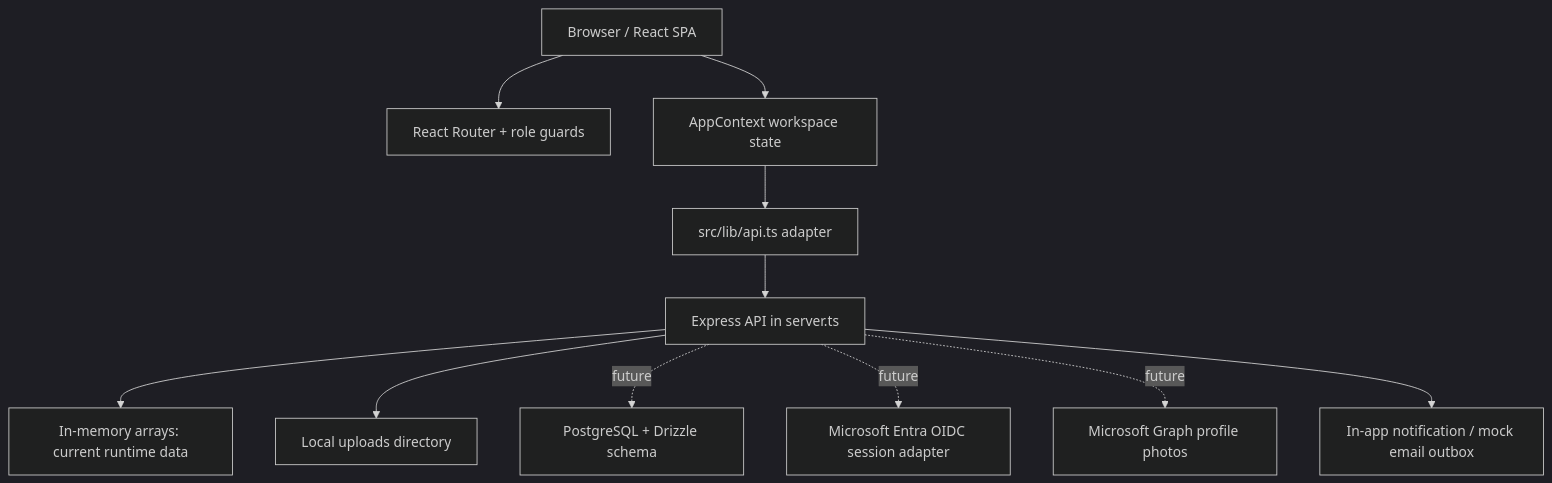
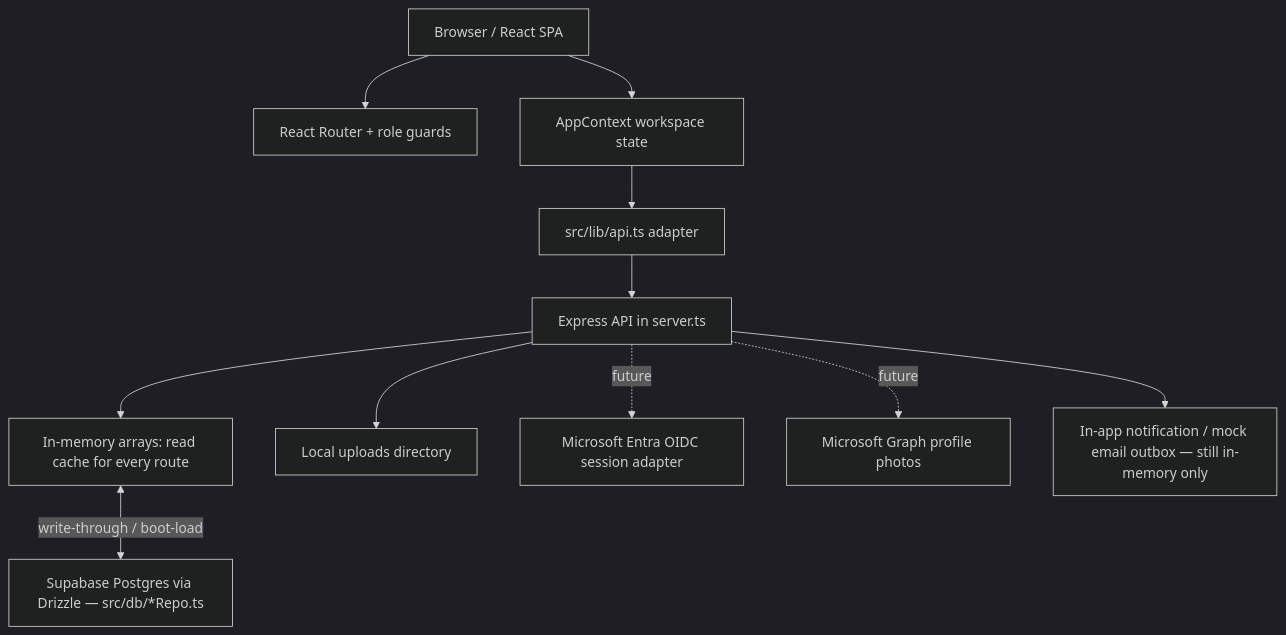
Before and after one commit to Jrddlol2/latest-sales-reim-30: the third of 4 diagrams in README.md, drawn with Mermaid (dark theme). The commit also changed other lines of this file and 30 other files, not shown here.

````diff
--- a/README.md
+++ b/README.md
@@ -202,13 +265,13 @@
 ```mermaid
 flowchart TB
   Browser[Browser / React SPA] --> Router[React Router + role guards]
   Browser --> Context[AppContext workspace state]
   Context --> Adapter[src/lib/api.ts adapter]
   Adapter --> API[Express API in server.ts]
-  API --> Memory[In-memory arrays: current runtime data]
+  API --> Memory[In-memory arrays: read cache for every route]
+  Memory <-- write-through / boot-load --> Postgres[Supabase Postgres via Drizzle — src/db/*Repo.ts]
   API --> Uploads[Local uploads directory]
-  API -. future .-> Postgres[PostgreSQL + Drizzle schema]
   API -. future .-> Entra[Microsoft Entra OIDC session adapter]
   API -. future .-> Graph[Microsoft Graph profile photos]
-  API --> Outbox[In-app notification / mock email outbox]
+  API --> Outbox[In-app notification / mock email outbox — still in-memory only]
 ```
````
